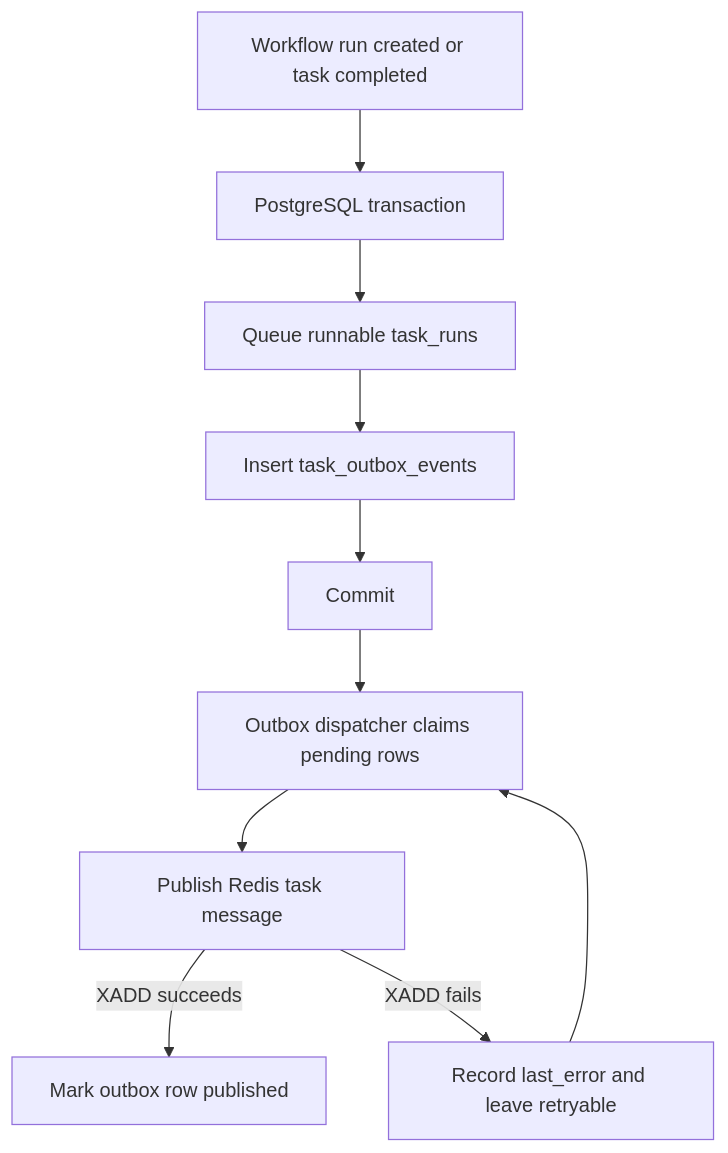
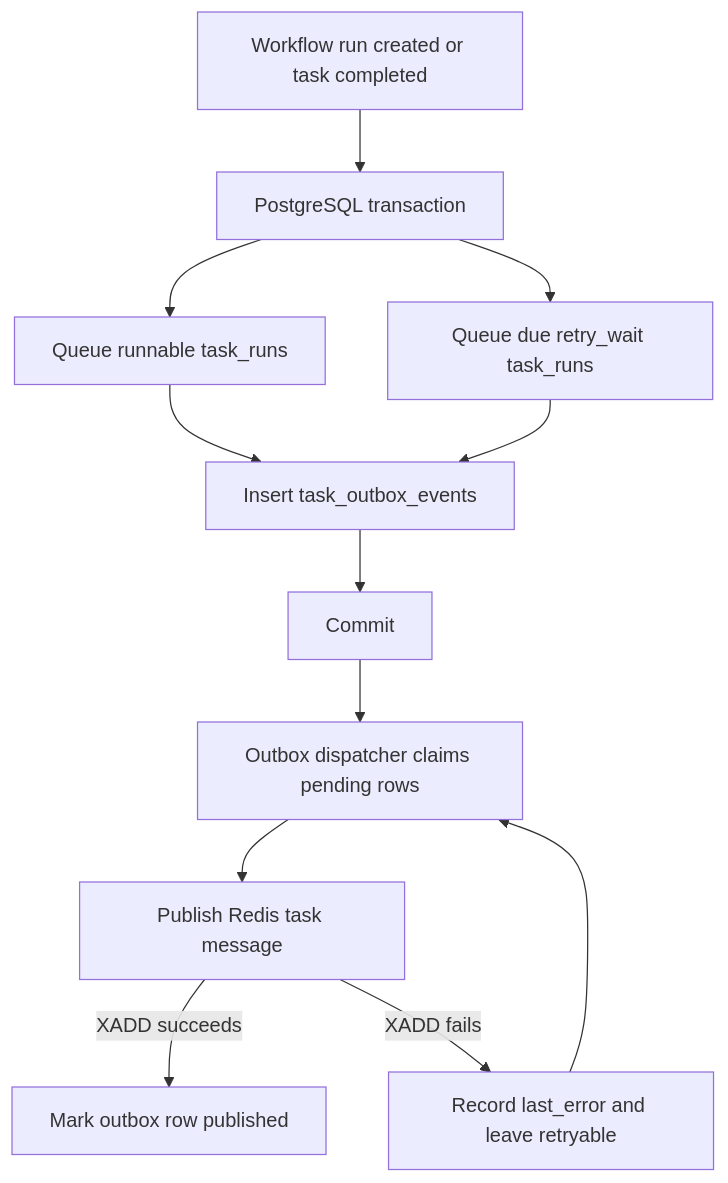
The eighth of 8 diagrams in docs/architecture.md (Hyowon-A/goflow), drawn with Mermaid before and after one commit. The commit also changed other lines of this file and 5 other files, not shown here.

````diff
--- a/docs/architecture.md
+++ b/docs/architecture.md
@@ -321,12 +336,14 @@
 ```mermaid
 flowchart TD
     Trigger[Workflow run created or task completed] --> Tx[PostgreSQL transaction]
     Tx --> Queue[Queue runnable task_runs]
+    Tx --> DueRetry[Queue due retry_wait task_runs]
     Queue --> Outbox[Insert task_outbox_events]
+    DueRetry --> Outbox
     Outbox --> Commit[Commit]
     Commit --> Dispatch[Outbox dispatcher claims pending rows]
     Dispatch --> Publish[Publish Redis task message]
     Publish -->|XADD succeeds| Published[Mark outbox row published]
     Publish -->|XADD fails| Retry[Record last_error and leave retryable]
     Retry --> Dispatch
 ```
````
